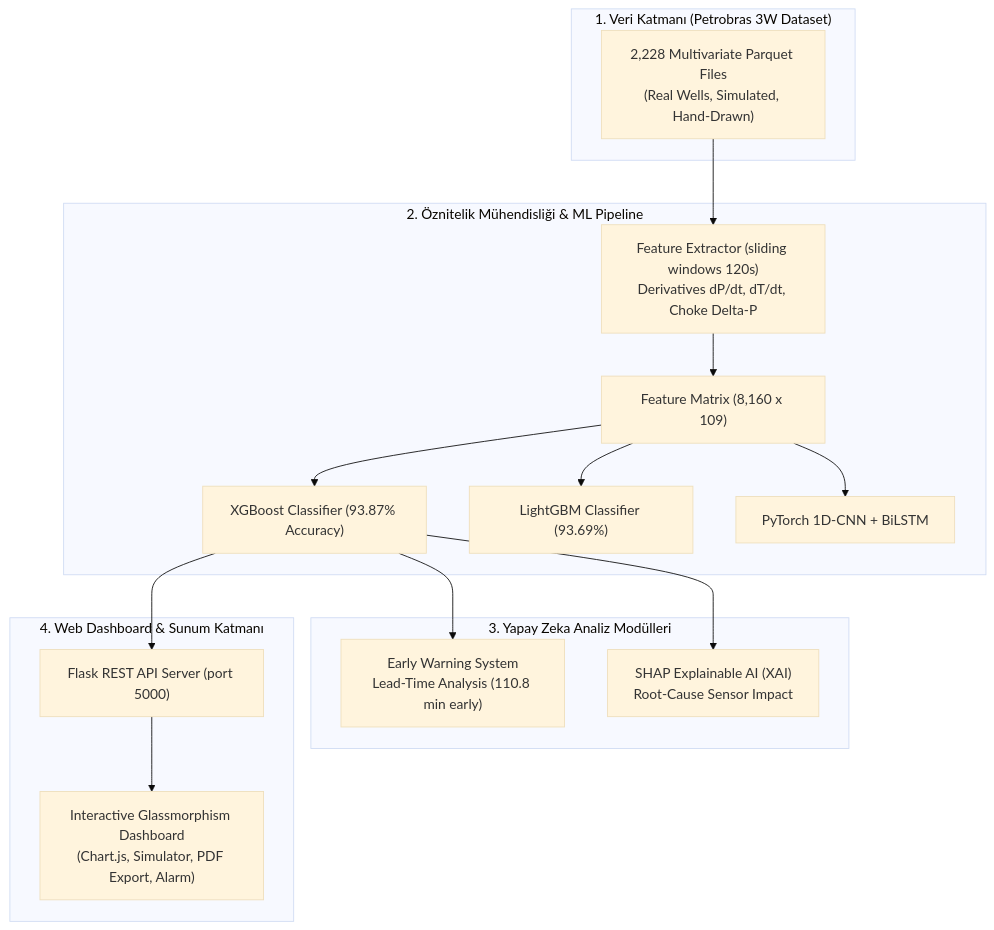
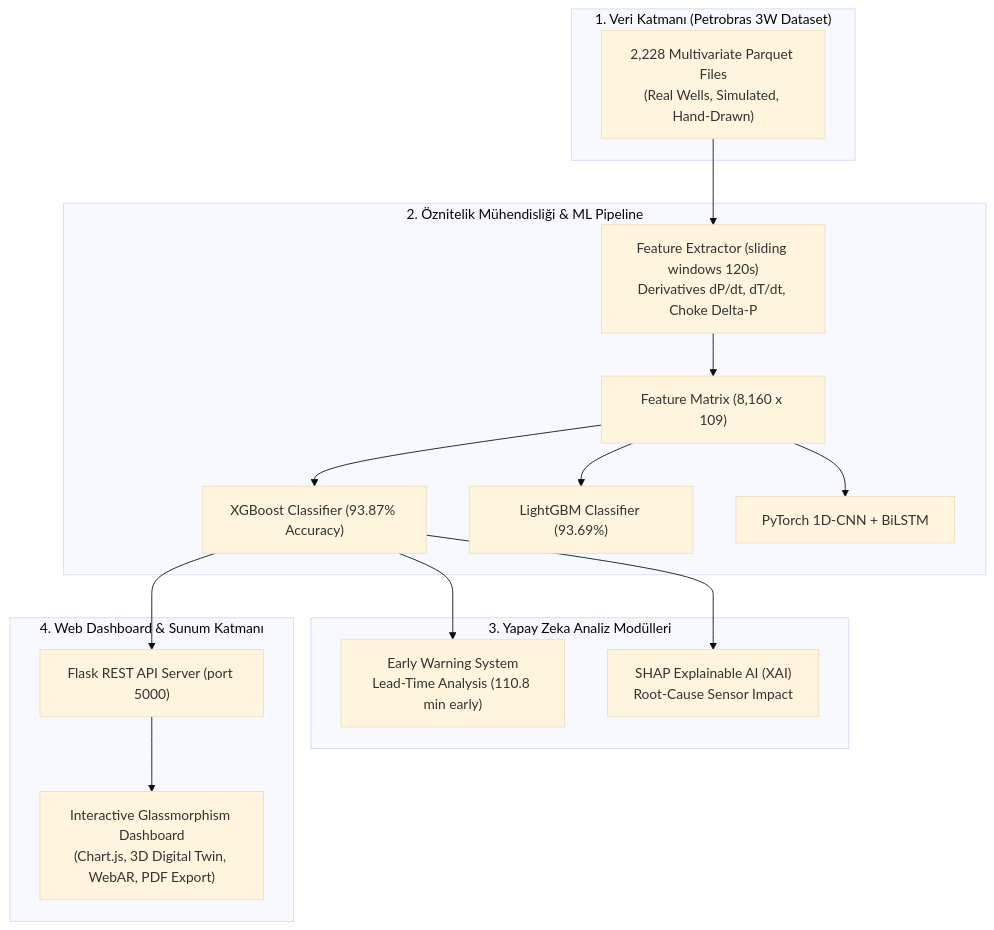
The diagram in README.md (UmutSemihSoyer/petrobras-3w-ai-monitoring), drawn with Mermaid (base theme) before and after one commit. The commit also changed other lines of this file, not shown here.

````diff
--- a/README.md
+++ b/README.md
@@ -71,30 +80,30 @@
 ```mermaid
 flowchart TD
     subgraph Data_Layer ["1. Veri Katmanı (Petrobras 3W Dataset)"]
         RawData["2,228 Multivariate Parquet Files\n(Real Wells, Simulated, Hand-Drawn)"]
     end
 
     subgraph Processing_Layer ["2. Öznitelik Mühendisliği & ML Pipeline"]
         FE["Feature Extractor (sliding windows 120s)\nDerivatives dP/dt, dT/dt, Choke Delta-P"]
         FE --> ProcessedData["Feature Matrix (8,160 x 109)"]
         ProcessedData --> XGB["XGBoost Classifier (93.87% Accuracy)"]
         ProcessedData --> LGB["LightGBM Classifier (93.69%)"]
         ProcessedData --> DL["PyTorch 1D-CNN + BiLSTM"]
     end
 
     subgraph Intelligence_Layer ["3. Yapay Zeka Analiz Modülleri"]
         EW["Early Warning System\nLead-Time Analysis (110.8 min early)"]
         SHAP["SHAP Explainable AI (XAI)\nRoot-Cause Sensor Impact"]
     end
 
     subgraph Presentation_Layer ["4. Web Dashboard & Sunum Katmanı"]
         Flask["Flask REST API Server (port 5000)"]
-        UI["Interactive Glassmorphism Dashboard\n(Chart.js, Simulator, PDF Export, Alarm)"]
+        UI["Interactive Glassmorphism Dashboard\n(Chart.js, 3D Digital Twin, WebAR, PDF Export)"]
     end
 
     RawData --> FE
     XGB --> EW
     XGB --> SHAP
     XGB --> Flask
     Flask --> UI
 ```
````
